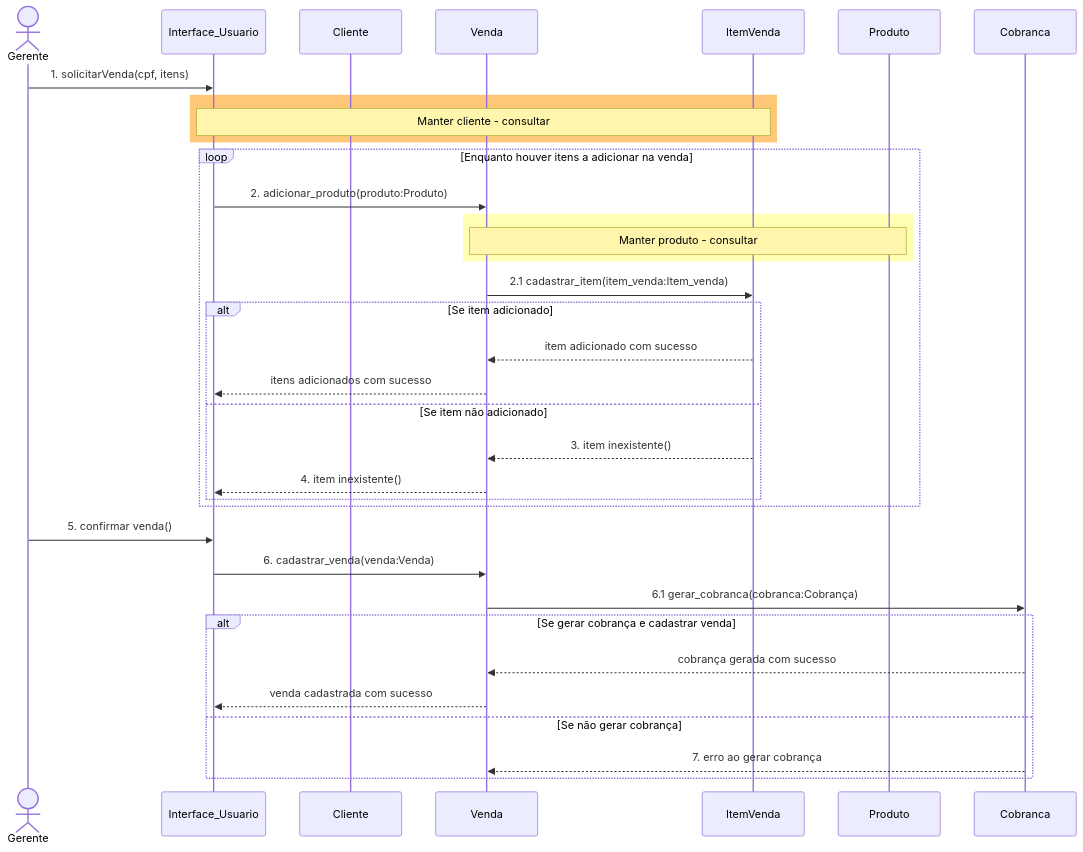
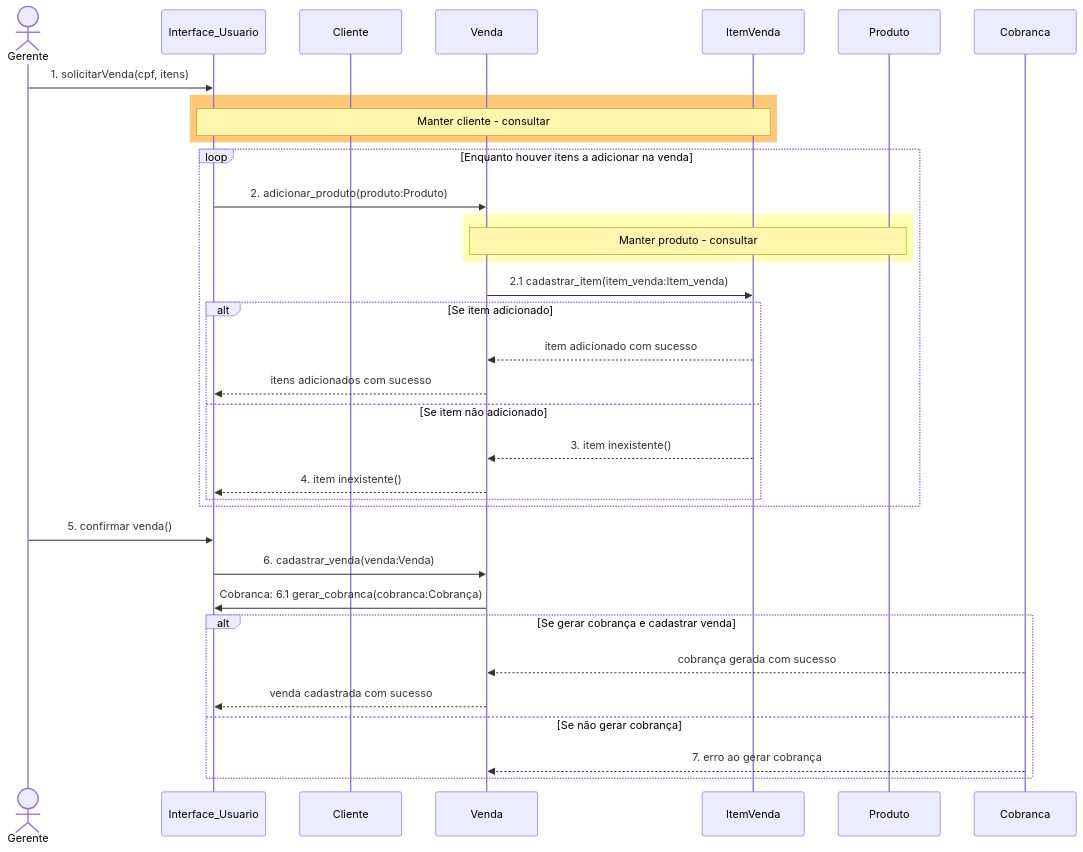
Before and after one commit to Projeito-Vendas-de-Cosmeticos/Comesticos-doc: the sixth of 6 diagrams in Documetos/Documento_Visao.md, drawn with Mermaid.

````diff
--- a/Documetos/Documento_Visao.md
+++ b/Documetos/Documento_Visao.md
@@ -207,46 +207,46 @@
 ```mermaid
 sequenceDiagram
     actor Gerente
     participant IU as Interface_Usuario
     participant Cliente
     participant Venda
     participant ItemVenda
     participant Produto
     participant Cobranca
 
     Gerente ->> IU: 1. solicitarVenda(cpf, itens)
 
     rect rgb(255,200,120)
         note over IU,ItemVenda: Manter cliente - consultar
     end
 
     loop Enquanto houver itens a adicionar na venda
         IU ->> Venda: 2. adicionar_produto(produto:Produto)
 
         rect rgb(255,255,180)
             note over Venda,Produto: Manter produto - consultar
         end
 
         Venda ->> ItemVenda: 2.1 cadastrar_item(item_venda:Item_venda)
 
         alt Se item adicionado
             ItemVenda -->> Venda: item adicionado com sucesso
             Venda -->> IU: itens adicionados com sucesso
         else Se item não adicionado
             ItemVenda -->> Venda: 3. item inexistente()
             Venda -->> IU: 4. item inexistente()
         end
     end
 
     Gerente ->> IU: 5. confirmar venda()
     IU ->> Venda: 6. cadastrar_venda(venda:Venda)
 
-    Venda ->> Cobranca: 6.1 gerar_cobranca(cobranca:Cobrança)
+    Venda ->> IU: Cobranca: 6.1 gerar_cobranca(cobranca:Cobrança)
 
     alt Se gerar cobrança e cadastrar venda
         Cobranca -->> Venda: cobrança gerada com sucesso
         Venda -->> IU: venda cadastrada com sucesso
     else Se não gerar cobrança
         Cobranca -->> Venda: 7. erro ao gerar cobrança
     end
 ```
````
